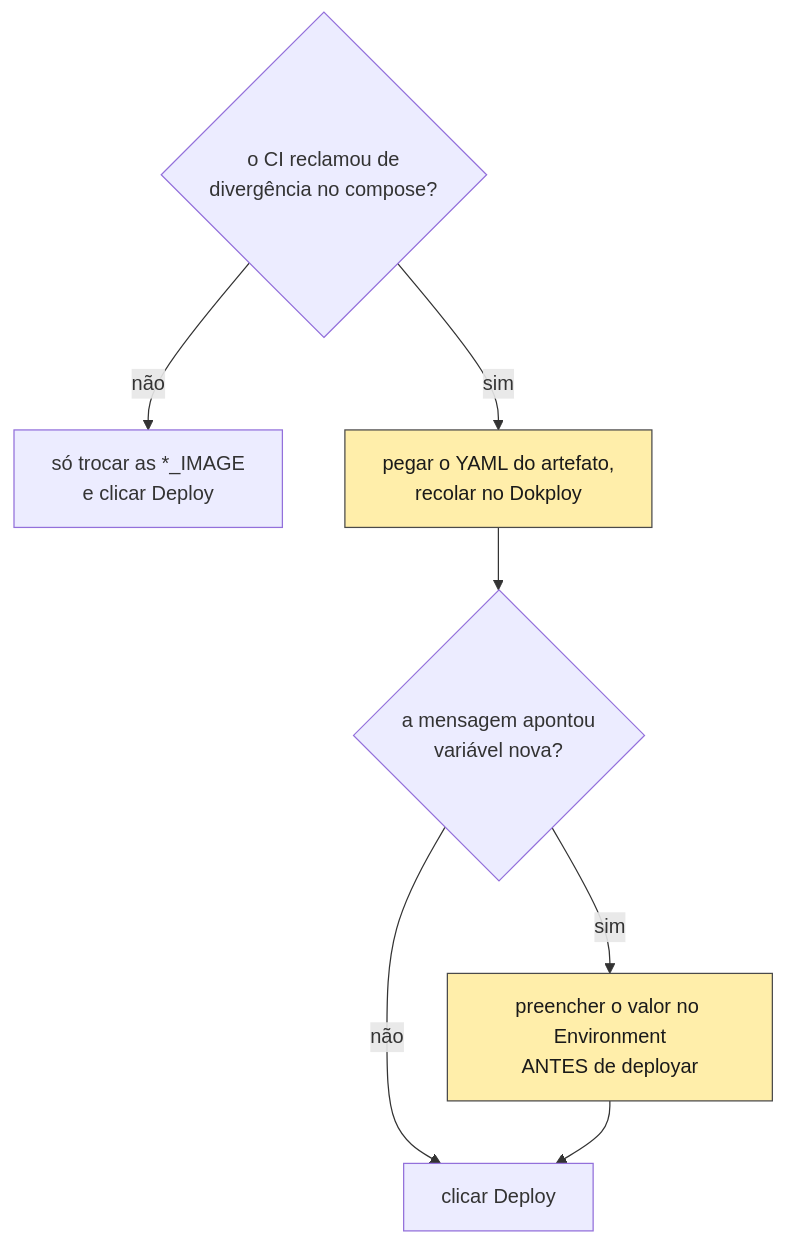
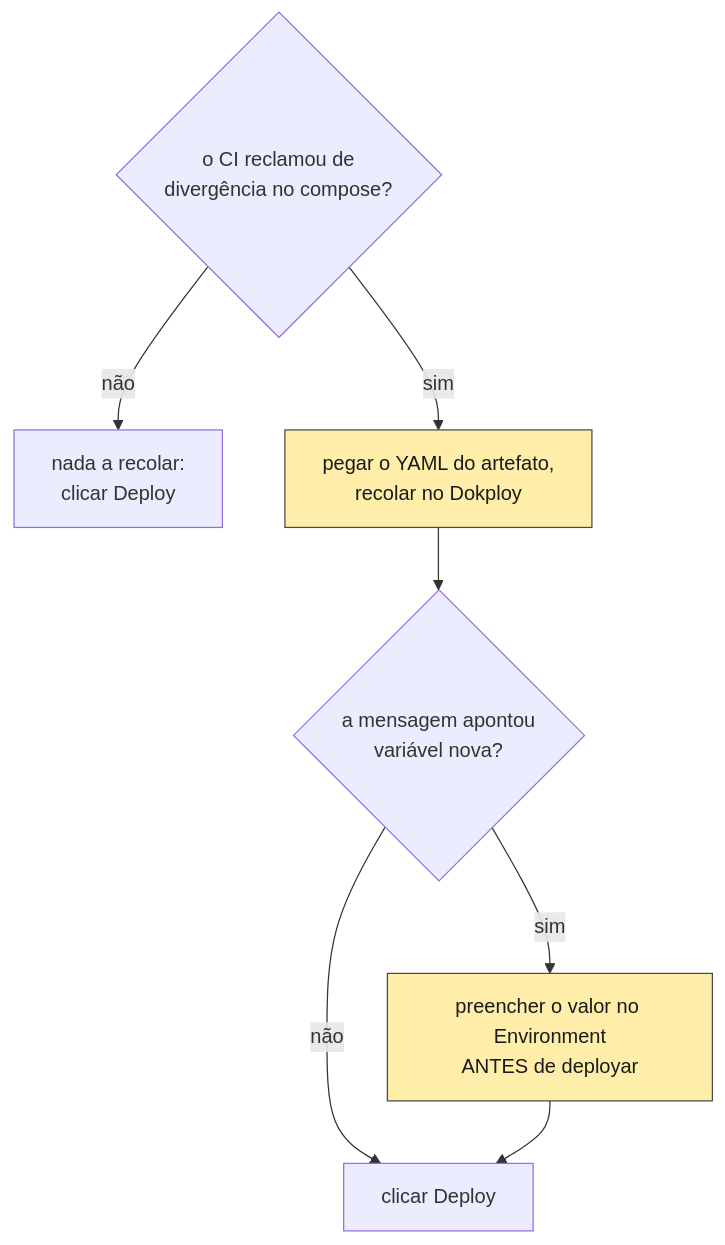
Before and after one commit to procfit/MLDemandForcastPOC: the ninth of 11 diagrams in Docs/fluxo-de-entrega.md, drawn with Mermaid. The commit also changed other lines of this file, not shown here.

First line of the commit message:
docs(delivery): finish the moving-tag correction in the diagrams

````diff
--- a/Docs/fluxo-de-entrega.md
+++ b/Docs/fluxo-de-entrega.md
@@ -267,13 +268,13 @@
 ```mermaid
 flowchart TB
     Q1{"o CI reclamou de<br/>divergência no compose?"}
-    Q1 -->|não| SO["só trocar as *_IMAGE<br/>e clicar Deploy"]
+    Q1 -->|não| SO["nada a recolar:<br/>clicar Deploy"]
     Q1 -->|sim| RE["pegar o YAML do artefato,<br/>recolar no Dokploy"]
     RE --> Q2{"a mensagem apontou<br/>variável nova?"}
     Q2 -->|não| DEP["clicar Deploy"]
     Q2 -->|sim| VN["preencher o valor no Environment<br/>ANTES de deployar"]
     VN --> DEP
 
     style RE fill:#fea,stroke:#4a4a4a,color:#1a1a1a
     style VN fill:#fea,stroke:#4a4a4a,color:#1a1a1a
 ```
````
